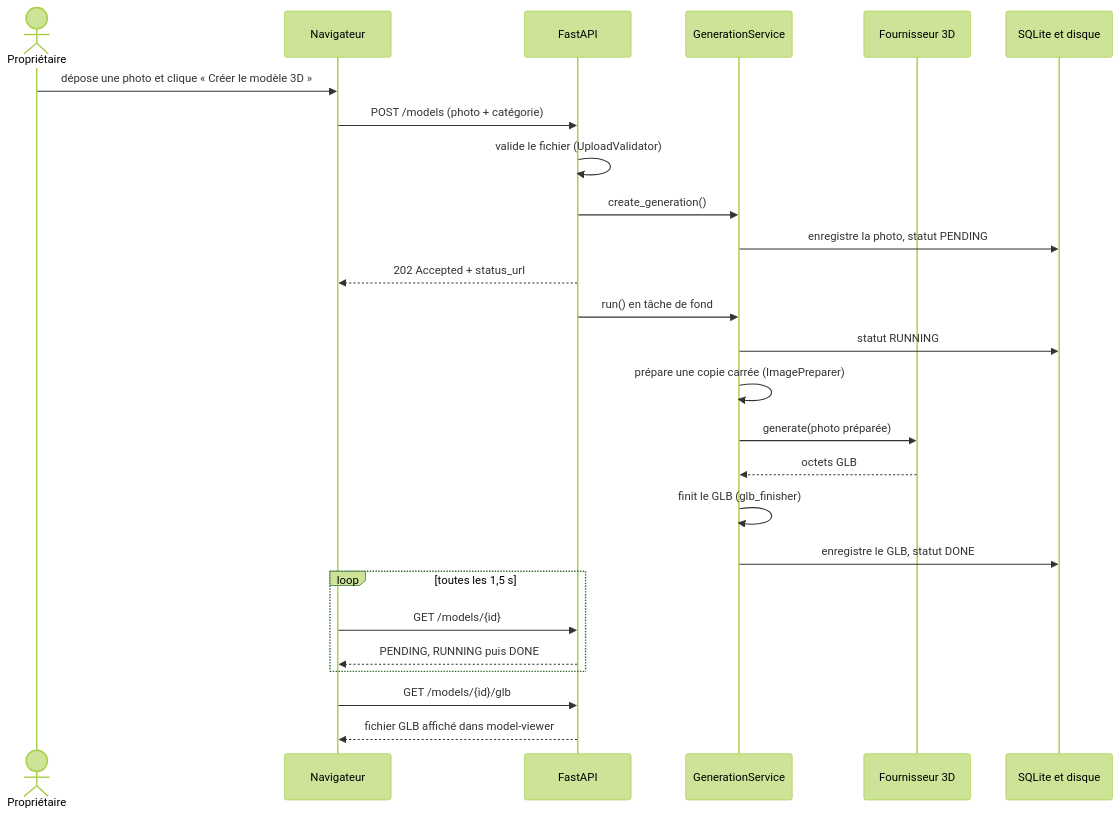
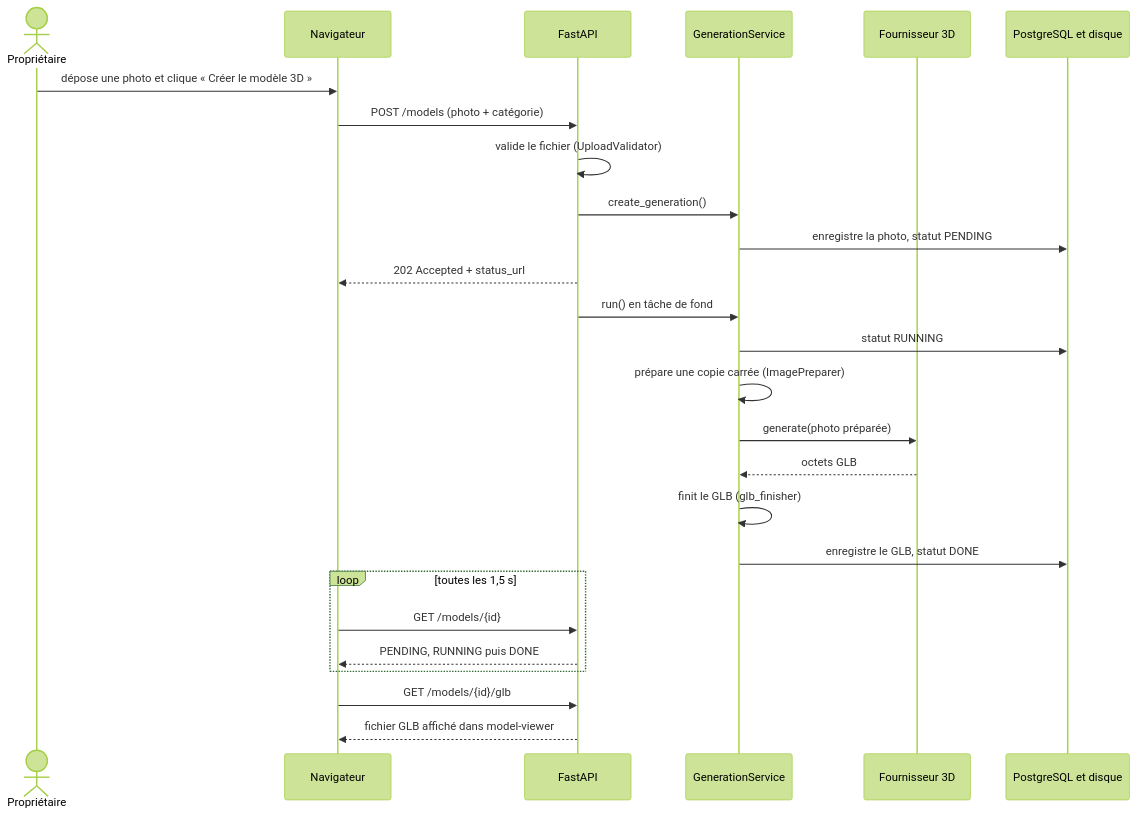
Before and after one commit to Yas-sin-e/forma3d-kit: the fourth of 22 diagrams in docs/COMPRENDRE-FORMA3D.md, drawn with Mermaid (forest theme). The commit also changed other lines of this file, not shown here.

Commit message:
docs: update code explanation guide for PostgreSQL

````diff
--- a/docs/COMPRENDRE-FORMA3D.md
+++ b/docs/COMPRENDRE-FORMA3D.md
@@ -204,29 +204,29 @@
 ```mermaid
 sequenceDiagram
     actor P as Propriétaire
     participant N as Navigateur
     participant A as FastAPI
     participant G as GenerationService
     participant F as Fournisseur 3D
-    participant D as SQLite et disque
+    participant D as PostgreSQL et disque
 
     P->>N: dépose une photo et clique « Créer le modèle 3D »
     N->>A: POST /models (photo + catégorie)
     A->>A: valide le fichier (UploadValidator)
     A->>G: create_generation()
     G->>D: enregistre la photo, statut PENDING
     A-->>N: 202 Accepted + status_url
     A->>G: run() en tâche de fond
     G->>D: statut RUNNING
     G->>G: prépare une copie carrée (ImagePreparer)
     G->>F: generate(photo préparée)
     F-->>G: octets GLB
     G->>G: finit le GLB (glb_finisher)
     G->>D: enregistre le GLB, statut DONE
     loop toutes les 1,5 s
         N->>A: GET /models/{id}
         A-->>N: PENDING, RUNNING puis DONE
     end
     N->>A: GET /models/{id}/glb
     A-->>N: fichier GLB affiché dans model-viewer
 ```
````
